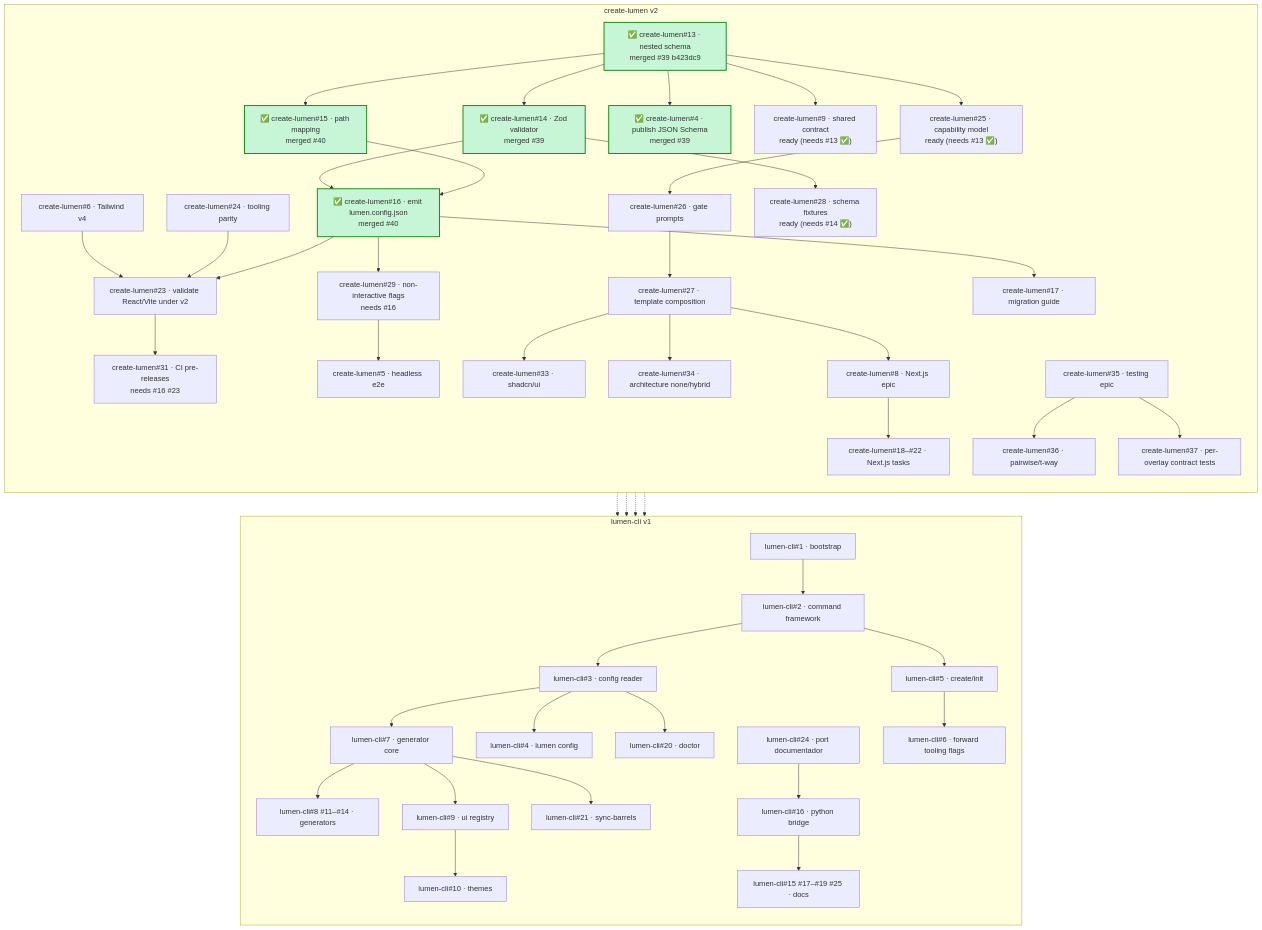
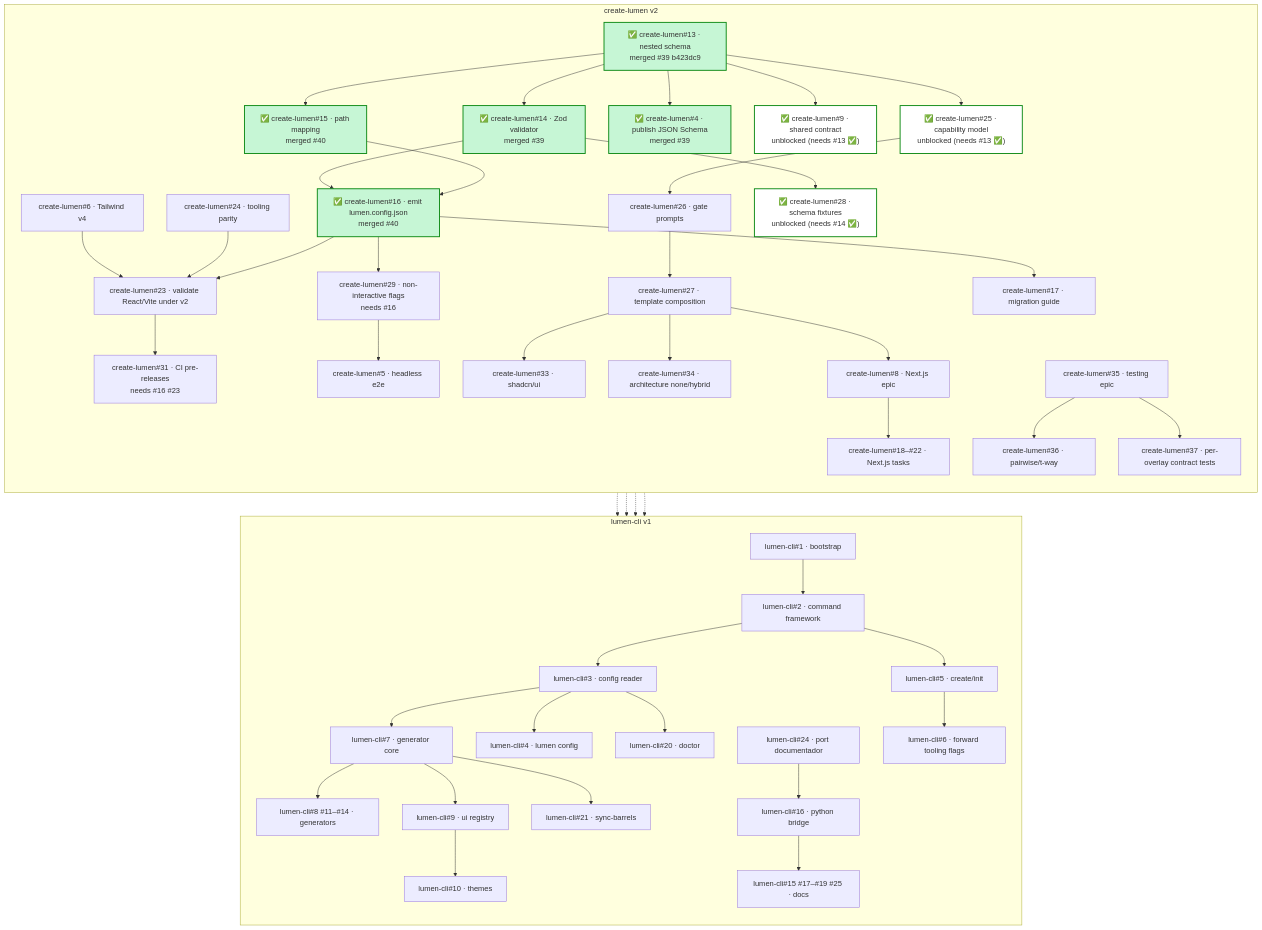
Before and after one commit to LUMEN-SH/create-lumen: the second of 5 diagrams in docs/PLAN.md, drawn with Mermaid. The commit also changed other lines of this file, not shown here.

Commit message:
docs: distinguish green fill (done) from green check without fill (unblocked)
- Legend update: green fill #c6f6d5 = merged (done), ✅ without fill = unblocked ready
- Unblocked nodes (#9, #25, #28) get ✅ prefix + white fill + green border
- Done nodes keep green fill

```diff
--- a/docs/PLAN.md
+++ b/docs/PLAN.md
@@ -38,13 +38,13 @@
         CreateLumen15["✅ create-lumen#15 · path mapping<br/>merged #40"]
         CreateLumen16["✅ create-lumen#16 · emit lumen.config.json<br/>merged #40"]
         CreateLumen4["✅ create-lumen#4 · publish JSON Schema<br/>merged #39"]
-        CreateLumen9["create-lumen#9 · shared contract<br/>ready (needs #13 ✅)"]
+        CreateLumen9["✅ create-lumen#9 · shared contract<br/>unblocked (needs #13 ✅)"]
         CreateLumen6["create-lumen#6 · Tailwind v4"]
         CreateLumen24["create-lumen#24 · tooling parity"]
         CreateLumen23["create-lumen#23 · validate React/Vite under v2"]
         CreateLumen29["create-lumen#29 · non-interactive flags<br/>needs #16"]
         CreateLumen31["create-lumen#31 · CI pre-releases<br/>needs #16 #23"]
-        CreateLumen25["create-lumen#25 · capability model<br/>ready (needs #13 ✅)"]
+        CreateLumen25["✅ create-lumen#25 · capability model<br/>unblocked (needs #13 ✅)"]
         CreateLumen26["create-lumen#26 · gate prompts"]
         CreateLumen27["create-lumen#27 · template composition"]
         CreateLumen33["create-lumen#33 · shadcn/ui"]
@@ -54,7 +54,7 @@
         CreateLumen35["create-lumen#35 · testing epic"]
         CreateLumen36["create-lumen#36 · pairwise/t-way"]
         CreateLumen37["create-lumen#37 · per-overlay contract tests"]
-        CreateLumen28["create-lumen#28 · schema fixtures<br/>ready (needs #14 ✅)"]
+        CreateLumen28["✅ create-lumen#28 · schema fixtures<br/>unblocked (needs #14 ✅)"]
         CreateLumen5["create-lumen#5 · headless e2e"]
         CreateLumen17["create-lumen#17 · migration guide"]
 
@@ -80,6 +80,9 @@
         style CreateLumen15 fill:#c6f6d5,stroke:#0e8a16,stroke-width:2px
         style CreateLumen16 fill:#c6f6d5,stroke:#0e8a16,stroke-width:2px
         style CreateLumen4 fill:#c6f6d5,stroke:#0e8a16,stroke-width:2px
+        style CreateLumen9 stroke:#0e8a16,stroke-width:2px,fill:#fff
+        style CreateLumen25 stroke:#0e8a16,stroke-width:2px,fill:#fff
+        style CreateLumen28 stroke:#0e8a16,stroke-width:2px,fill:#fff
     end
 
     subgraph LC["lumen-cli v1"]
```
